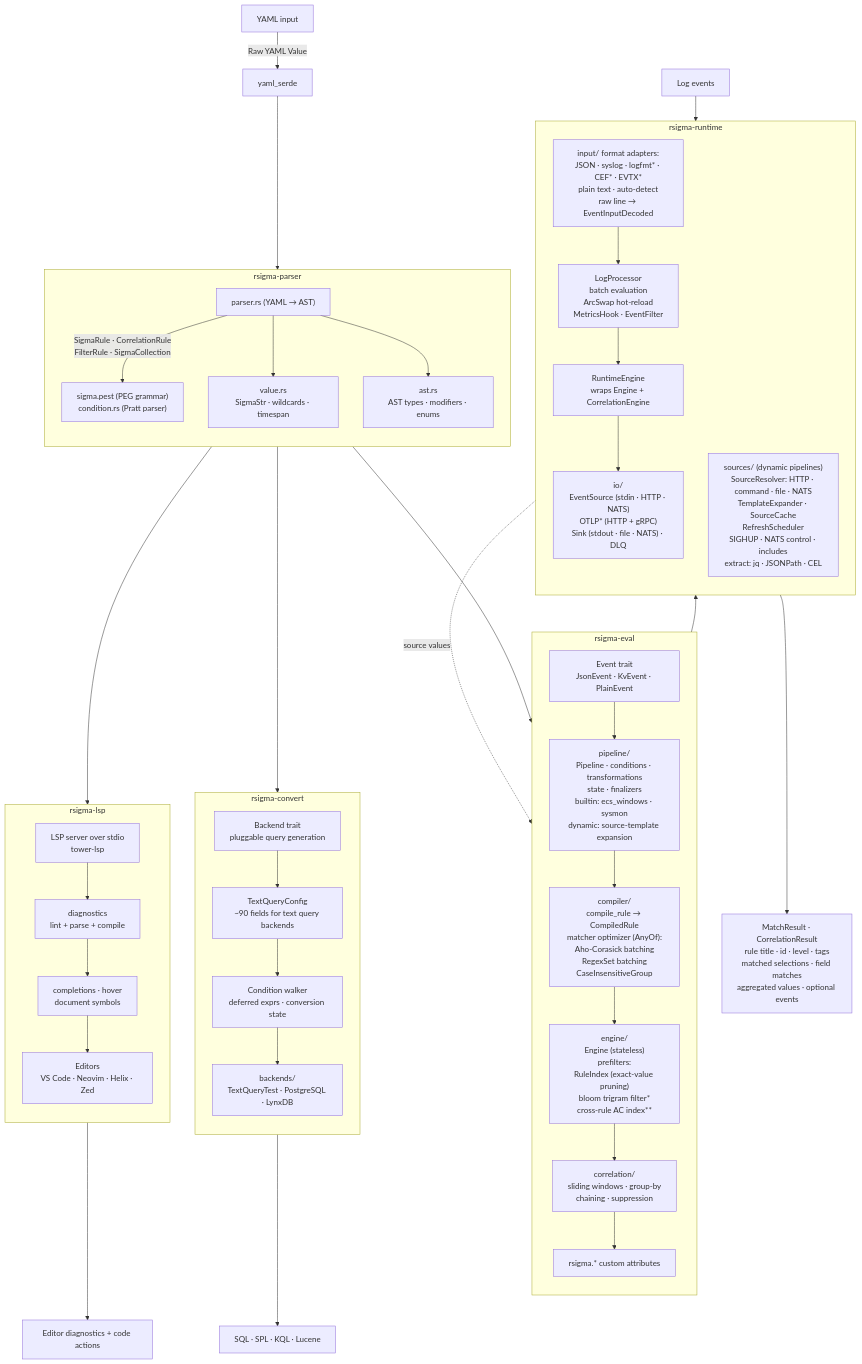
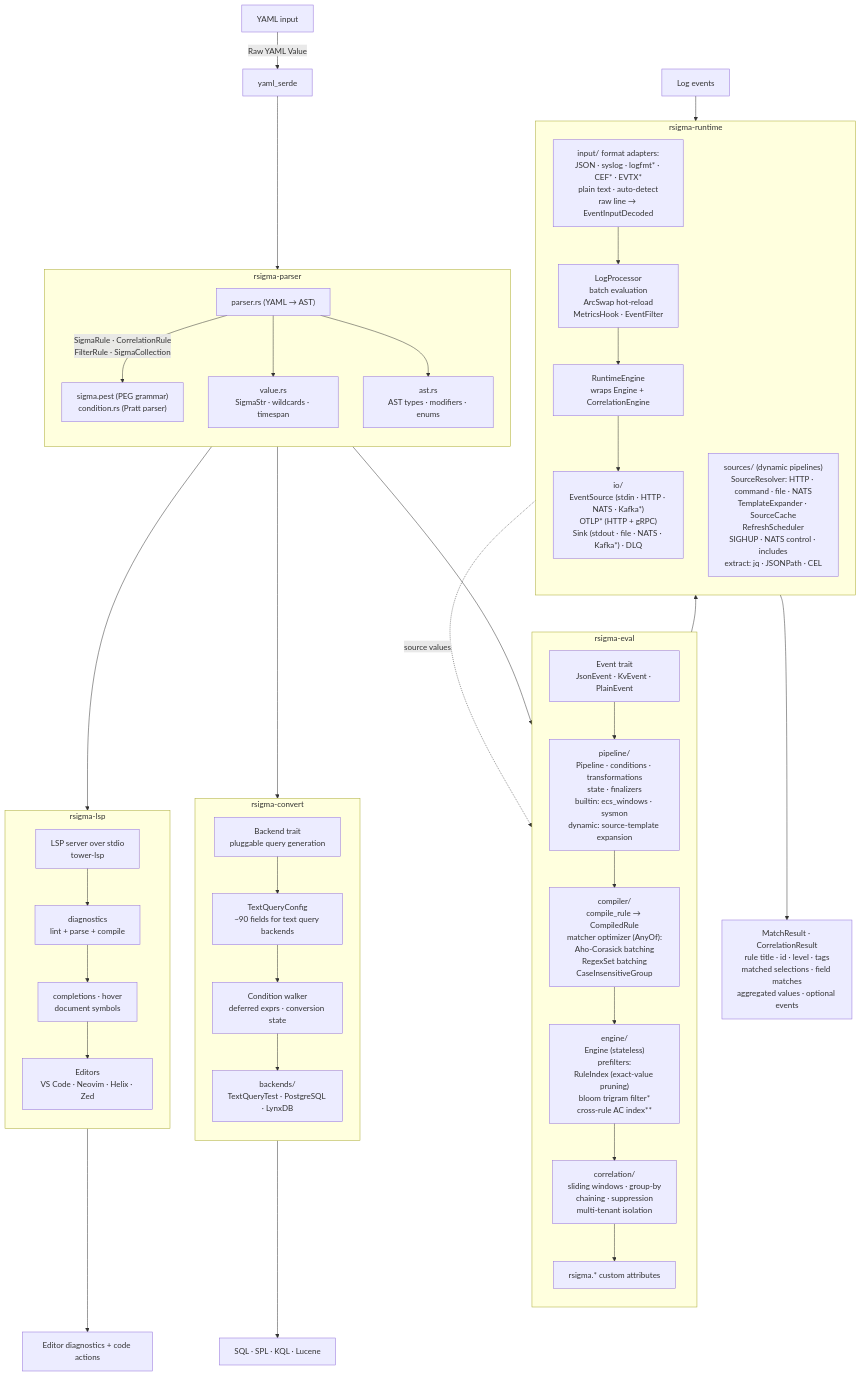
The diagram in docs/reference/architecture.md (timescale/rsigma), drawn with Mermaid before and after one commit. The commit also changed other lines of this file and 5 other files, not shown here.

````diff
--- a/docs/reference/architecture.md
+++ b/docs/reference/architecture.md
@@ -9,63 +9,63 @@
 ```mermaid
 flowchart TD
     YAML["YAML input"]
     SERDE["yaml_serde"]
     EVENTS["Log events"]
     OUTPUT["MatchResult · CorrelationResult<br/>rule title · id · level · tags<br/>matched selections · field matches<br/>aggregated values · optional events"]
     QUERIES["SQL · SPL · KQL · Lucene"]
     EDITOR["Editor diagnostics + code actions"]
 
     subgraph rsigma-parser
         direction TB
         PARSE["parser.rs (YAML → AST)"] -->|"SigmaRule · CorrelationRule<br/>FilterRule · SigmaCollection"| PEST["sigma.pest (PEG grammar)<br/>condition.rs (Pratt parser)"]
         PARSE --> VALUE["value.rs<br/>SigmaStr · wildcards · timespan"]
         PARSE --> AST["ast.rs<br/>AST types · modifiers · enums"]
     end
 
     subgraph rsigma-eval
         direction TB
         ETRAIT["Event trait<br/>JsonEvent · KvEvent · PlainEvent"]
         ETRAIT --> EPIPE["pipeline/<br/>Pipeline · conditions · transformations<br/>state · finalizers<br/>builtin: ecs_windows · sysmon<br/>dynamic: source-template expansion"]
         EPIPE --> ECOMP["compiler/<br/>compile_rule → CompiledRule<br/>matcher optimizer (AnyOf):<br/>Aho-Corasick batching<br/>RegexSet batching<br/>CaseInsensitiveGroup"]
         ECOMP --> EENG["engine/<br/>Engine (stateless)<br/>prefilters:<br/>RuleIndex (exact-value pruning)<br/>bloom trigram filter*<br/>cross-rule AC index**"]
-        EENG --> ECORR["correlation/<br/>sliding windows · group-by<br/>chaining · suppression"]
+        EENG --> ECORR["correlation/<br/>sliding windows · group-by<br/>chaining · suppression<br/>multi-tenant isolation"]
         ECORR --> ECUST["rsigma.* custom attributes"]
     end
 
     subgraph rsigma-convert
         direction TB
         CBACK["Backend trait<br/>pluggable query generation"]
         CBACK --> CTQC["TextQueryConfig<br/>~90 fields for text query backends"]
         CTQC --> CWALK["Condition walker<br/>deferred exprs · conversion state"]
         CWALK --> CENDS["backends/<br/>TextQueryTest · PostgreSQL · LynxDB"]
     end
 
     subgraph rsigma-lsp
         direction TB
         LSERV["LSP server over stdio<br/>tower-lsp"]
         LSERV --> LDIAG["diagnostics<br/>lint + parse + compile"]
         LDIAG --> LFEAT["completions · hover<br/>document symbols"]
         LFEAT --> LEDIT["Editors<br/>VS Code · Neovim · Helix · Zed"]
     end
 
     subgraph rsigma-runtime
         direction TB
         RINPUT["input/ format adapters:<br/>JSON · syslog · logfmt* · CEF* · EVTX*<br/>plain text · auto-detect<br/>raw line → EventInputDecoded"]
         RINPUT --> RPROC["LogProcessor<br/>batch evaluation<br/>ArcSwap hot-reload<br/>MetricsHook · EventFilter"]
         RPROC --> RENG["RuntimeEngine<br/>wraps Engine + CorrelationEngine"]
-        RENG --> RIO["io/<br/>EventSource (stdin · HTTP · NATS)<br/>OTLP* (HTTP + gRPC)<br/>Sink (stdout · file · NATS) · DLQ"]
+        RENG --> RIO["io/<br/>EventSource (stdin · HTTP · NATS · Kafka*)<br/>OTLP* (HTTP + gRPC)<br/>Sink (stdout · file · NATS · Kafka*) · DLQ"]
         RSRC["sources/ (dynamic pipelines)<br/>SourceResolver: HTTP · command · file · NATS<br/>TemplateExpander · SourceCache<br/>RefreshScheduler<br/>SIGHUP · NATS control · includes<br/>extract: jq · JSONPath · CEL"]
     end
 
     YAML -->|"Raw YAML Value"| SERDE
     SERDE --> PARSE
     PEST --> ETRAIT
     PEST --> CBACK
     PEST --> LSERV
     ECUST --> RENG
     EVENTS --> RINPUT
     RIO --> OUTPUT
     CENDS --> QUERIES
     LEDIT --> EDITOR
     RSRC -.->|"source values"| EPIPE
 ```
````
